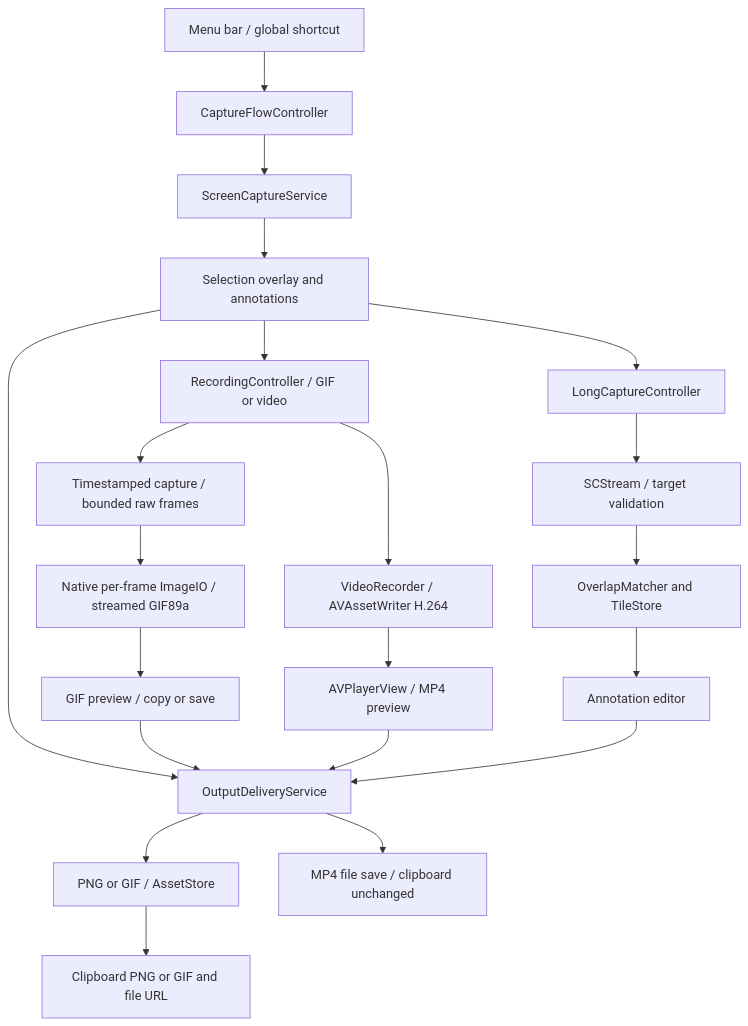
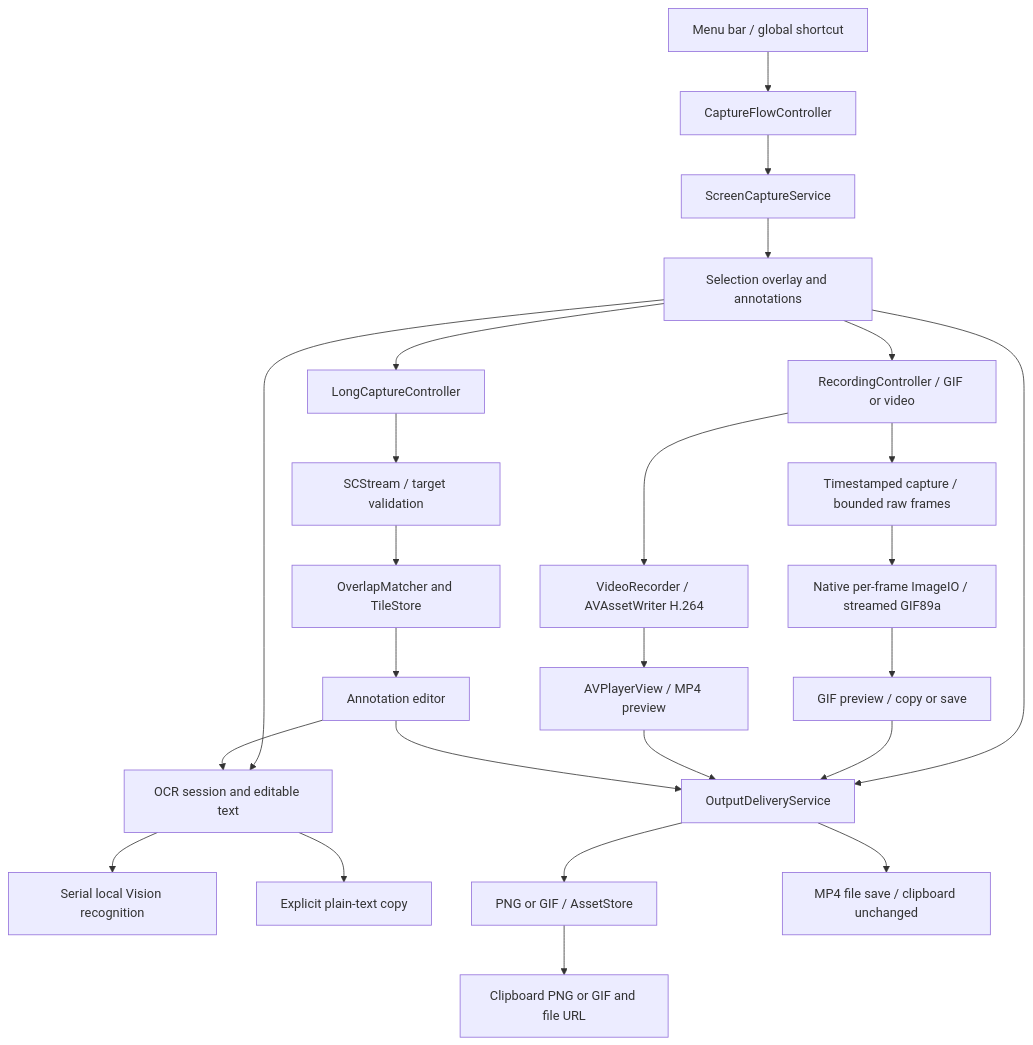
The diagram in docs/ARCHITECTURE.md (evilstar2016/OpenLightCapture), drawn with Mermaid before and after one commit. The commit also changed other lines of this file and 34 other files, not shown here.

First line of the commit message:
feat: add local OCR and fixed-header scrolling capture

````diff
--- a/docs/ARCHITECTURE.md
+++ b/docs/ARCHITECTURE.md
@@ -5,23 +5,27 @@
 ```mermaid
 flowchart TD
     A[Menu bar / global shortcut] --> B[CaptureFlowController]
     B --> C[ScreenCaptureService]
     C --> D[Selection overlay and annotations]
     D --> E[OutputDeliveryService]
     D --> F[LongCaptureController]
     D --> L[RecordingController / GIF or video]
     L --> M[Timestamped capture / bounded raw frames]
     M --> N[Native per-frame ImageIO / streamed GIF89a]
     N --> O[GIF preview / copy or save]
     O --> E
     L --> P[VideoRecorder / AVAssetWriter H.264]
     P --> Q[AVPlayerView / MP4 preview]
     Q --> E
     F --> G[SCStream / target validation]
     G --> H[OverlapMatcher and TileStore]
     H --> I[Annotation editor]
     I --> E
+    D --> OCR[OCR session and editable text]
+    I --> OCR
+    OCR --> Vision[Serial local Vision recognition]
+    OCR --> TextClipboard[Explicit plain-text copy]
     E --> J[PNG or GIF / AssetStore]
     J --> K[Clipboard PNG or GIF and file URL]
     E --> R[MP4 file save / clipboard unchanged]
 ```
````
